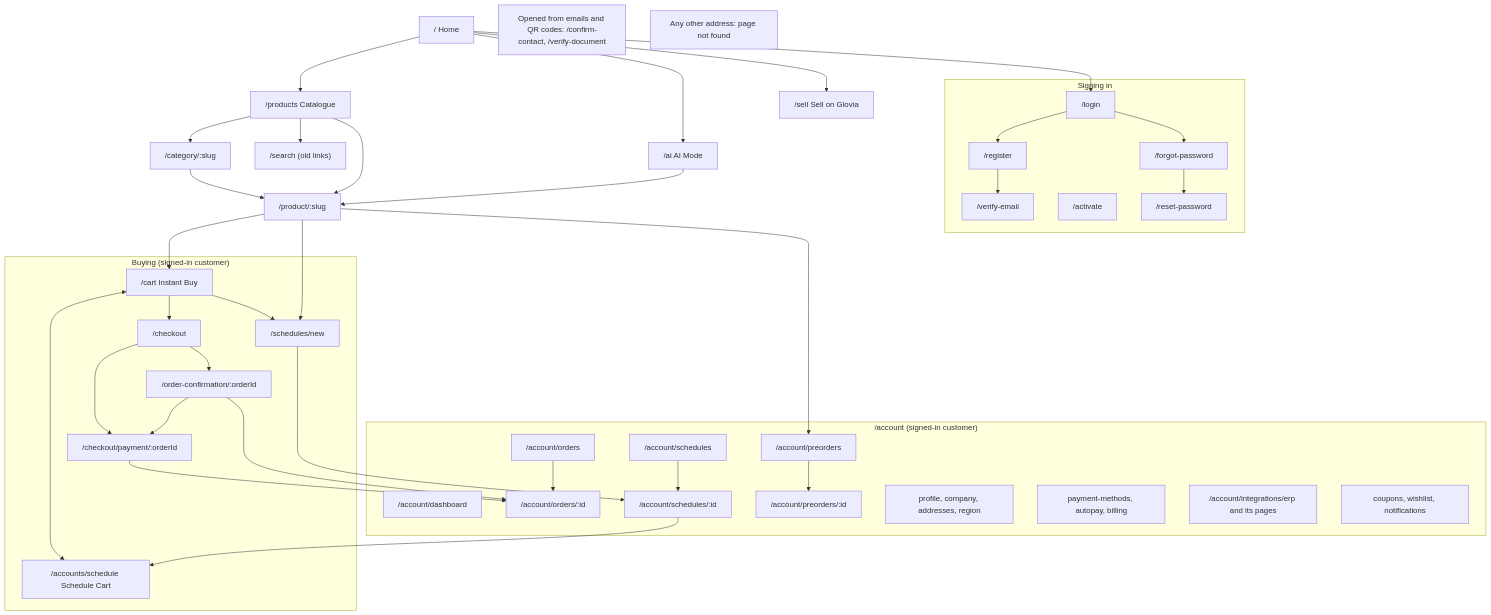
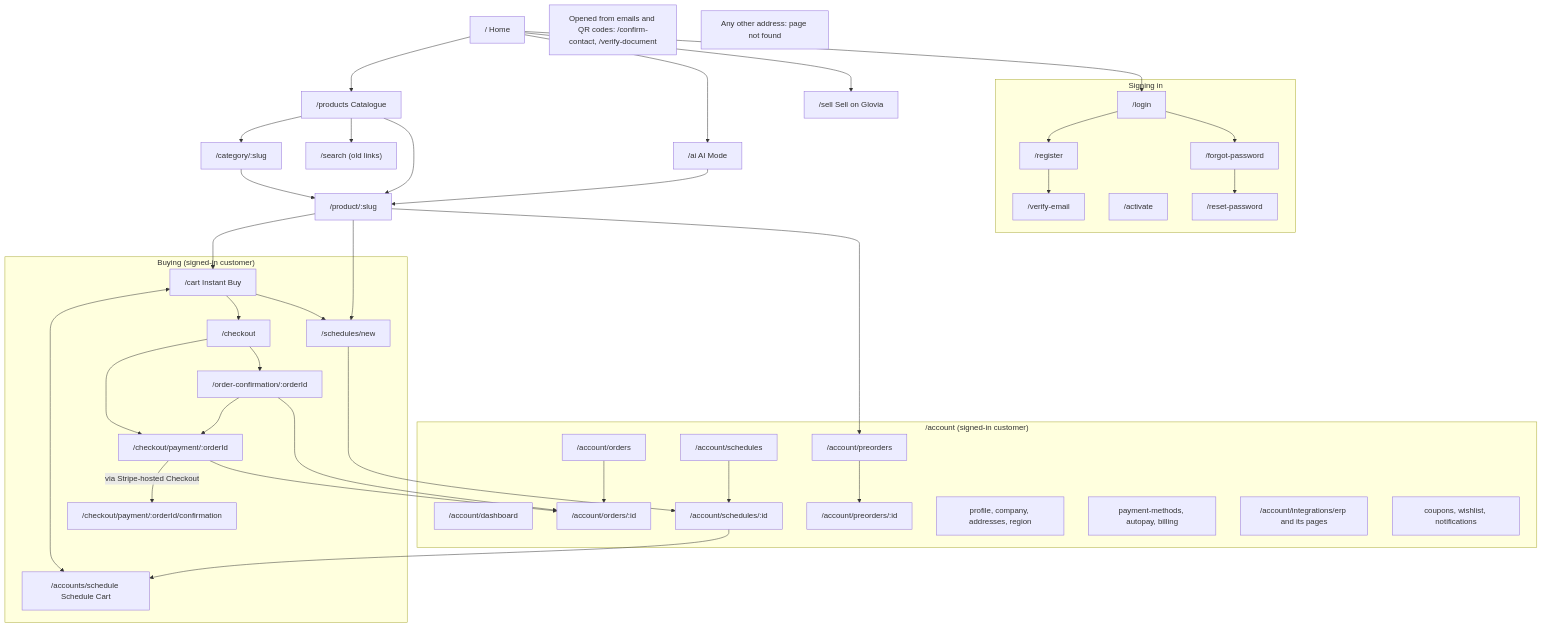
The first of 14 diagrams in docs/UI-SCREENS.md (UBoss-AI/UBoss-Sourcing), drawn with Mermaid before and after one commit. The commit also changed other lines of this file and 236 other files, not shown here.

````diff
--- a/docs/UI-SCREENS.md
+++ b/docs/UI-SCREENS.md
@@ -280,68 +280,70 @@
 ```mermaid
 flowchart TD
   Home["/ Home"]
   Home --> Products["/products Catalogue"]
   Home --> AI["/ai AI Mode"]
   Home --> Sell["/sell Sell on Glovia"]
   Products --> Category["/category/:slug"]
   Products --> Search["/search (old links)"]
   Products --> Product["/product/:slug"]
   Category --> Product
   AI --> Product
 
   subgraph Signin["Signing in"]
     Login["/login"]
     Register["/register"]
     Verify["/verify-email"]
     Activate["/activate"]
     Forgot["/forgot-password"]
     Reset["/reset-password"]
   end
   Home --> Login
   Login --> Register
   Register --> Verify
   Login --> Forgot
   Forgot --> Reset
 
   subgraph Buying["Buying (signed-in customer)"]
     Cart["/cart Instant Buy"]
     SchedCart["/accounts/schedule Schedule Cart"]
     Checkout["/checkout"]
     Pay["/checkout/payment/:orderId"]
+    PayConfirm["/checkout/payment/:orderId/confirmation"]
     Confirm["/order-confirmation/:orderId"]
     Builder["/schedules/new"]
   end
+  Pay -->|"via Stripe-hosted Checkout"| PayConfirm
   Product --> Cart
   Product --> Builder
   Cart <--> SchedCart
   Cart --> Checkout
   Cart --> Builder
   Checkout --> Pay
   Checkout --> Confirm
   Confirm --> Pay
 
   subgraph Account["/account (signed-in customer)"]
     Dash["/account/dashboard"]
     Orders["/account/orders"]
     Order["/account/orders/:id"]
     Scheds["/account/schedules"]
     Sched["/account/schedules/:id"]
     Pre["/account/preorders"]
     PreOne["/account/preorders/:id"]
     Settings["profile, company, addresses, region"]
     Payments["payment-methods, autopay, billing"]
     Erp["/account/integrations/erp and its pages"]
     Stuff["coupons, wishlist, notifications"]
   end
   Pay --> Order
   Confirm --> Order
   Orders --> Order
   Scheds --> Sched
   Sched --> SchedCart
   Builder --> Sched
   Pre --> PreOne
   Product --> Pre
 
   Public["Opened from emails and QR codes: /confirm-contact, /verify-document"]
   NotFound["Any other address: page not found"]
 ```
````
